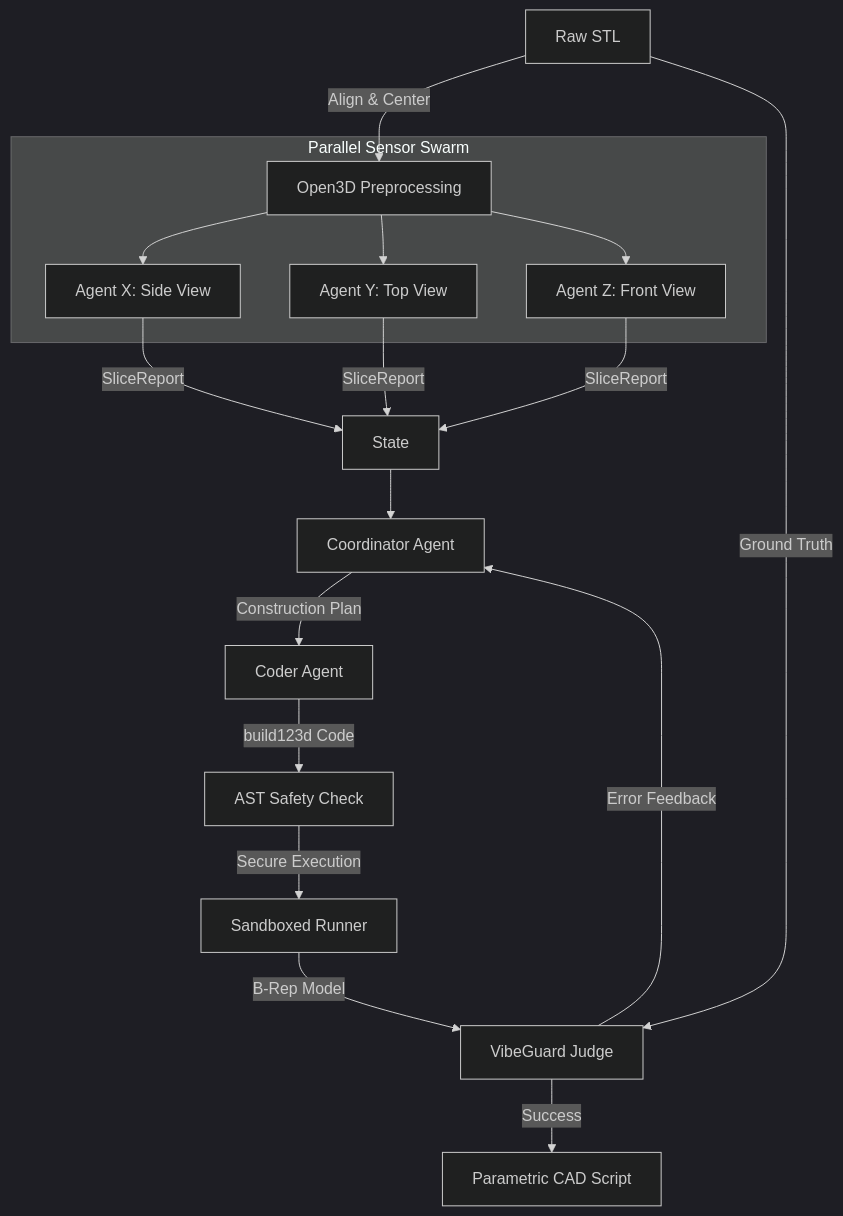
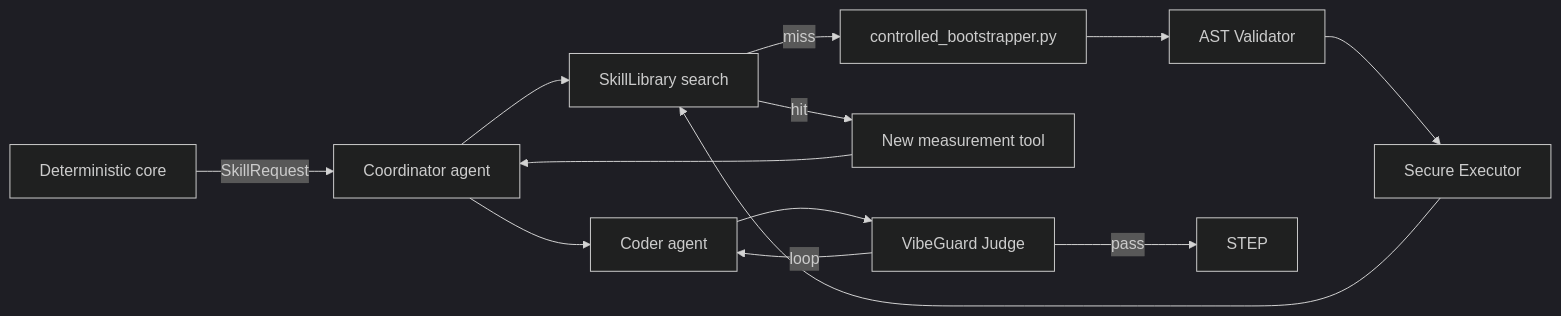
One commit to Shugar86/additive-light changed the second of 2 diagrams in docs/architecture.md. Above: the diagram before and after it, drawn with Mermaid (dark theme). The commit also changed other lines of this file and 25 other files, not shown here.

````diff
--- a/docs/architecture.md
+++ b/docs/architecture.md
@@ -13,26 +95,15 @@
 ```mermaid
-graph TD
-    STL[Raw STL] -->|Align & Center| Align[Open3D Preprocessing]
-    
-    subgraph Swarm [Parallel Sensor Swarm]
-        Align --> X[Agent X: Side View]
-        Align --> Y[Agent Y: Top View]
-        Align --> Z[Agent Z: Front View]
-    end
-
-    X -->|SliceReport| State
-    Y -->|SliceReport| State
-    Z -->|SliceReport| State
-
-    State --> Coordinator[Coordinator Agent]
-    Coordinator -->|Construction Plan| Coder[Coder Agent]
-    
-    Coder -->|build123d Code| Validator[AST Safety Check]
-    Validator -->|Secure Execution| Executor[Sandboxed Runner]
-    
-    Executor -->|B-Rep Model| VibeGuard[VibeGuard Judge]
-    STL -->|Ground Truth| VibeGuard
-    
-    VibeGuard -->|Error Feedback| Coordinator
-    VibeGuard -->|Success| Final[Parametric CAD Script]
+flowchart LR
+    Det[Deterministic core] -->|SkillRequest| Coord[Coordinator agent]
+    Coord --> SLib[SkillLibrary search]
+    SLib -->|miss| Boot[controlled_bootstrapper.py]
+    Boot --> ASTVal[AST Validator]
+    ASTVal --> SecExec[Secure Executor]
+    SecExec --> SLib
+    SLib -->|hit| Tool[New measurement tool]
+    Tool --> Coord
+    Coord --> Coder[Coder agent]
+    Coder --> VibeGuard[VibeGuard Judge]
+    VibeGuard -->|loop| Coder
+    VibeGuard -->|pass| STEP
 ```
````
